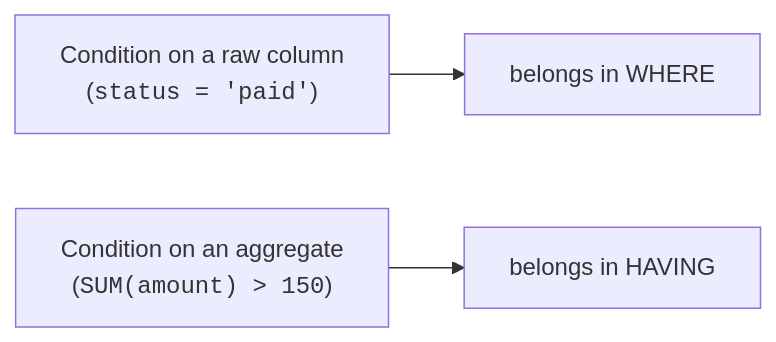
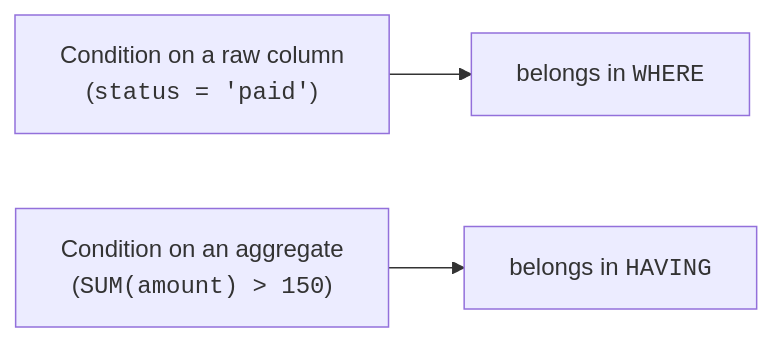
Before and after one commit to dataslope/dataslope: the diagram in content/courses/sql-analytics-duckdb/filtering-groups.mdx, drawn with Mermaid. The commit also changed 52 other files, not shown here.

First line of the commit message:
Set SQL keywords in mermaid labels as code, and 10 more breakdowns

````diff
--- a/content/courses/sql-analytics-duckdb/filtering-groups.mdx
+++ b/content/courses/sql-analytics-duckdb/filtering-groups.mdx
@@ -184,5 +184,5 @@
 ```mermaid
 flowchart LR
-    Cond1["Condition on a raw column<br/>(<code>status = 'paid'</code>)"] --> Where["belongs in WHERE"]
-    Cond2["Condition on an aggregate<br/>(<code>SUM(amount) &gt; 150</code>)"] --> Having["belongs in HAVING"]
+    Cond1["Condition on a raw column<br/>(<code>status = 'paid'</code>)"] --> Where["belongs in <code>WHERE</code>"]
+    Cond2["Condition on an aggregate<br/>(<code>SUM(amount) &gt; 150</code>)"] --> Having["belongs in <code>HAVING</code>"]
 ```
````
